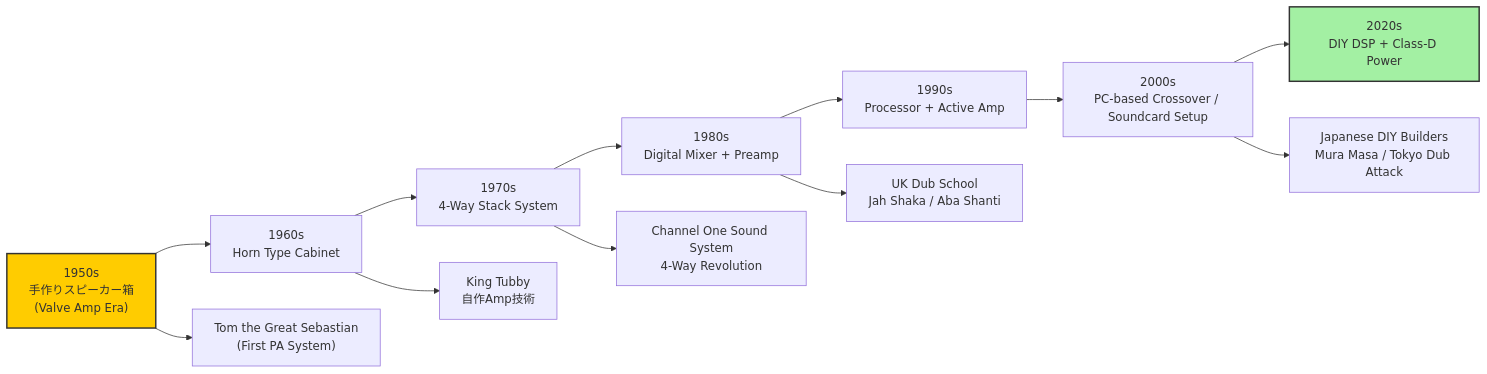
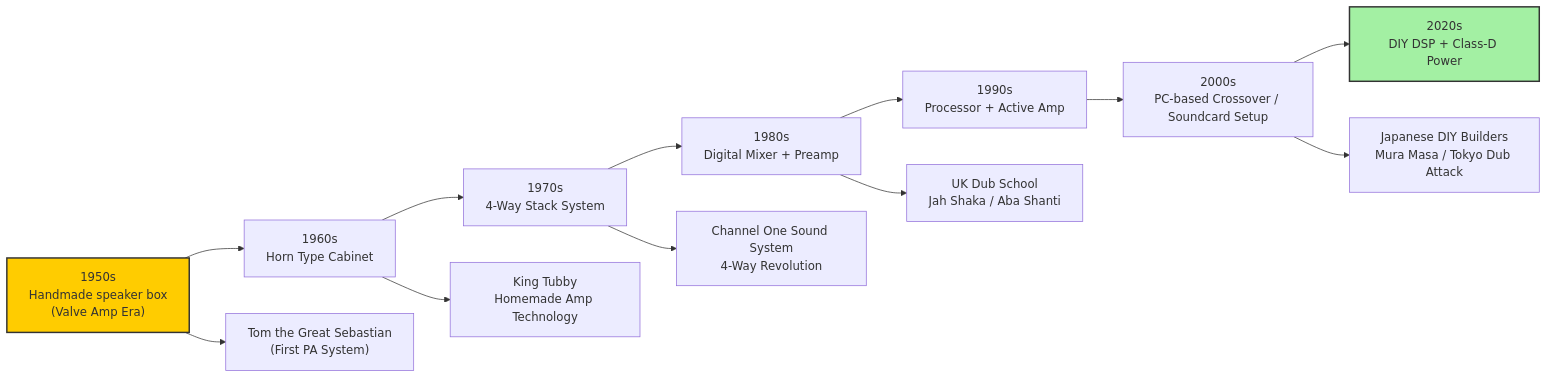
Before and after one commit to monumental-movement/monumental-movement.github.io: the third of 4 diagrams in en/_posts/2025-11-05-column-dancehall.md, drawn with Mermaid. The commit also changed other lines of this file and 152 other files, not shown here.

```diff
--- a/en/_posts/2025-11-05-column-dancehall.md
+++ b/en/_posts/2025-11-05-column-dancehall.md
@@ -265,20 +265,20 @@
 <div class="mermaid">
 
 graph LR
-    A["1950s<br/>手作りスピーカー箱<br/>(Valve Amp Era)"] --> B["1960s<br/>Horn Type Cabinet"]
+    A["1950s<br/>Handmade speaker box<br/>(Valve Amp Era)"] --> B["1960s<br/>Horn Type Cabinet"]
     B --> C["1970s<br/>4-Way Stack System"]
     C --> D["1980s<br/>Digital Mixer + Preamp"]
     D --> E["1990s<br/>Processor + Active Amp"]
     E --> F["2000s<br/>PC-based Crossover / Soundcard Setup"]
     F --> G["2020s<br/>DIY DSP + Class-D Power"]
 
     A --> AA["Tom the Great Sebastian<br/>(First PA System)"]
-    B --> AB["King Tubby<br/>自作Amp技術"]
+    B --> AB["King Tubby<br/>Homemade Amp Technology"]
     C --> AC["Channel One Sound System<br/>4-Way Revolution"]
     D --> AD["UK Dub School<br/>Jah Shaka / Aba Shanti"]
     F --> AE["Japanese DIY Builders<br/>Mura Masa / Tokyo Dub Attack"]
 
     style A fill:#ffcc00,stroke:#333,stroke-width:2px
     style G fill:#a3f0a3,stroke:#333,stroke-width:2px
 
 </div>
```
